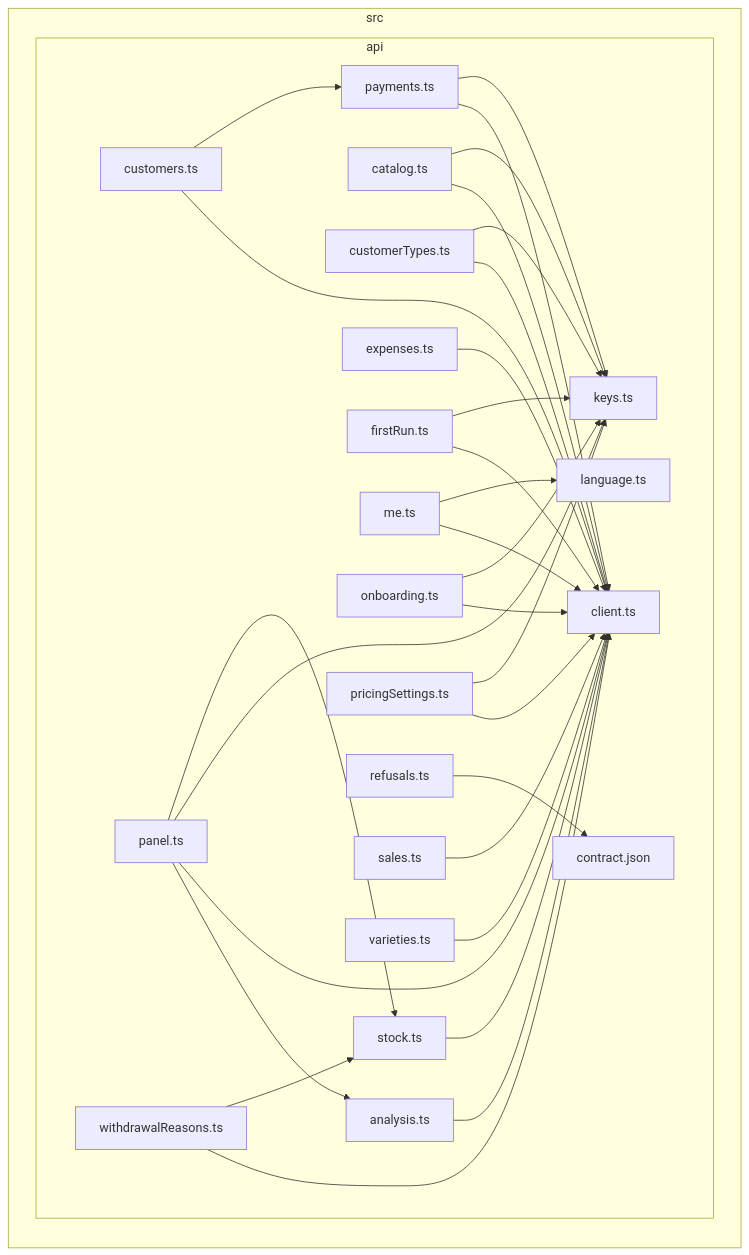
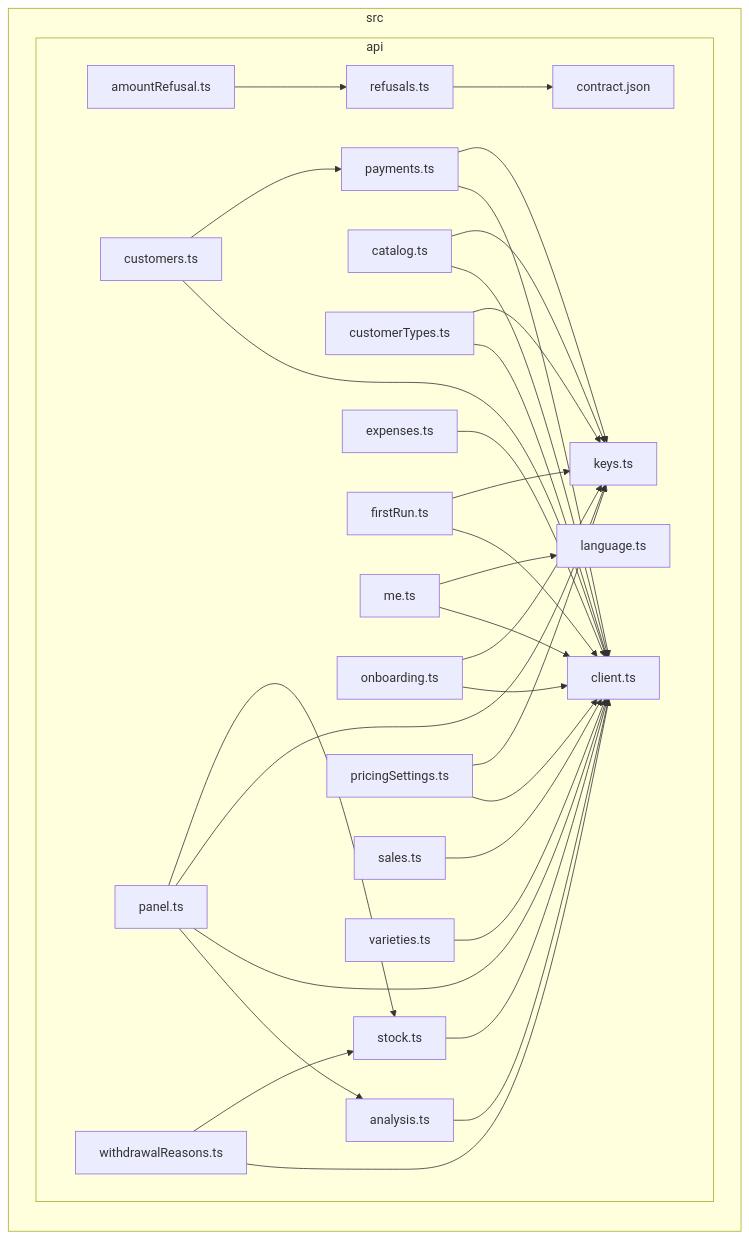
The diagram in docs/architecture/generated/front-modules/api.md (GonzaloZevallos/apostrophe), drawn with Mermaid before and after one commit. The commit also changed 1 other file, not shown here.

Commit message:
Refresh the generated front-module docs for the amount refusal helper

````diff
--- a/docs/architecture/generated/front-modules/api.md
+++ b/docs/architecture/generated/front-modules/api.md
@@ -7,55 +7,57 @@
 ```mermaid
 flowchart LR
 subgraph src["src"]
   subgraph src_api["api"]
+    src_api_amountRefusal_ts["amountRefusal.ts"]
     src_api_analysis_ts["analysis.ts"]
     src_api_catalog_ts["catalog.ts"]
     src_api_client_ts["client.ts"]
     src_api_contract_json["contract.json"]
     src_api_customerTypes_ts["customerTypes.ts"]
     src_api_customers_ts["customers.ts"]
     src_api_expenses_ts["expenses.ts"]
     src_api_firstRun_ts["firstRun.ts"]
     src_api_keys_ts["keys.ts"]
     src_api_language_ts["language.ts"]
     src_api_me_ts["me.ts"]
     src_api_onboarding_ts["onboarding.ts"]
     src_api_panel_ts["panel.ts"]
     src_api_payments_ts["payments.ts"]
     src_api_pricingSettings_ts["pricingSettings.ts"]
     src_api_refusals_ts["refusals.ts"]
     src_api_sales_ts["sales.ts"]
     src_api_stock_ts["stock.ts"]
     src_api_varieties_ts["varieties.ts"]
     src_api_withdrawalReasons_ts["withdrawalReasons.ts"]
   end
 end
+src_api_amountRefusal_ts-->src_api_refusals_ts
 src_api_analysis_ts-->src_api_client_ts
 src_api_catalog_ts-->src_api_client_ts
 src_api_catalog_ts-->src_api_keys_ts
 src_api_customerTypes_ts-->src_api_client_ts
 src_api_customerTypes_ts-->src_api_keys_ts
 src_api_customers_ts-->src_api_client_ts
 src_api_customers_ts-->src_api_payments_ts
 src_api_expenses_ts-->src_api_client_ts
 src_api_firstRun_ts-->src_api_client_ts
 src_api_firstRun_ts-->src_api_keys_ts
 src_api_me_ts-->src_api_client_ts
 src_api_me_ts-->src_api_language_ts
 src_api_onboarding_ts-->src_api_client_ts
 src_api_onboarding_ts-->src_api_keys_ts
 src_api_panel_ts-->src_api_analysis_ts
 src_api_panel_ts-->src_api_client_ts
 src_api_panel_ts-->src_api_keys_ts
 src_api_panel_ts-->src_api_stock_ts
 src_api_payments_ts-->src_api_client_ts
 src_api_payments_ts-->src_api_keys_ts
 src_api_pricingSettings_ts-->src_api_client_ts
 src_api_pricingSettings_ts-->src_api_keys_ts
 src_api_refusals_ts-->src_api_contract_json
 src_api_sales_ts-->src_api_client_ts
 src_api_stock_ts-->src_api_client_ts
 src_api_varieties_ts-->src_api_client_ts
 src_api_withdrawalReasons_ts-->src_api_client_ts
 src_api_withdrawalReasons_ts-->src_api_stock_ts
 ```
````
